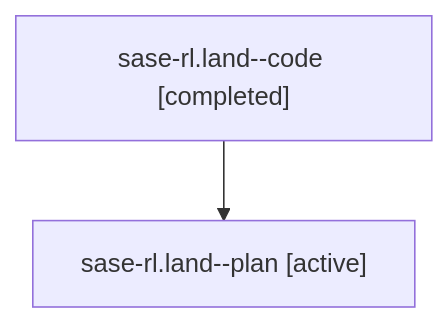
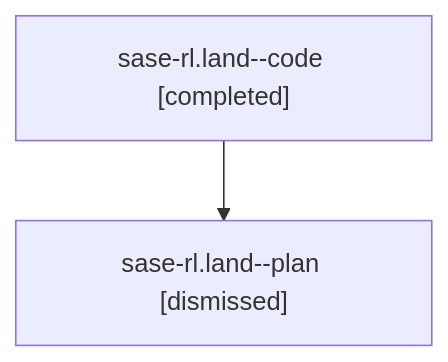
The diagram in sessions/bbugyi200.athena.sase-rl.land.md (sase-org/sase--agents), drawn with Mermaid before and after one commit. The commit also changed other lines of this file and 159 other files, not shown here.

````diff
--- a/sessions/bbugyi200.athena.sase-rl.land.md
+++ b/sessions/bbugyi200.athena.sase-rl.land.md
@@ -9,6 +9,6 @@
 ```mermaid
 flowchart TD
   n0["sase-rl.land--code [completed]"]
-  n1["sase-rl.land--plan [active]"]
+  n1["sase-rl.land--plan [dismissed]"]
   n0 --> n1
 ```
````
